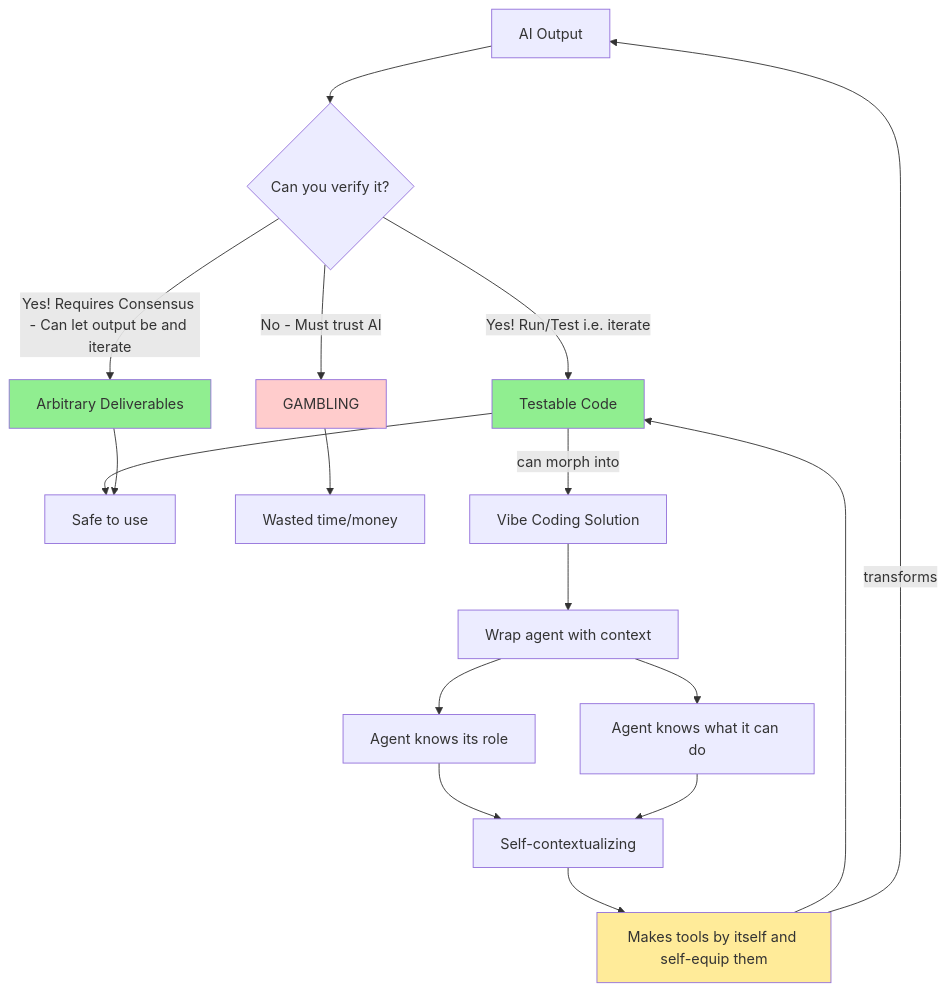
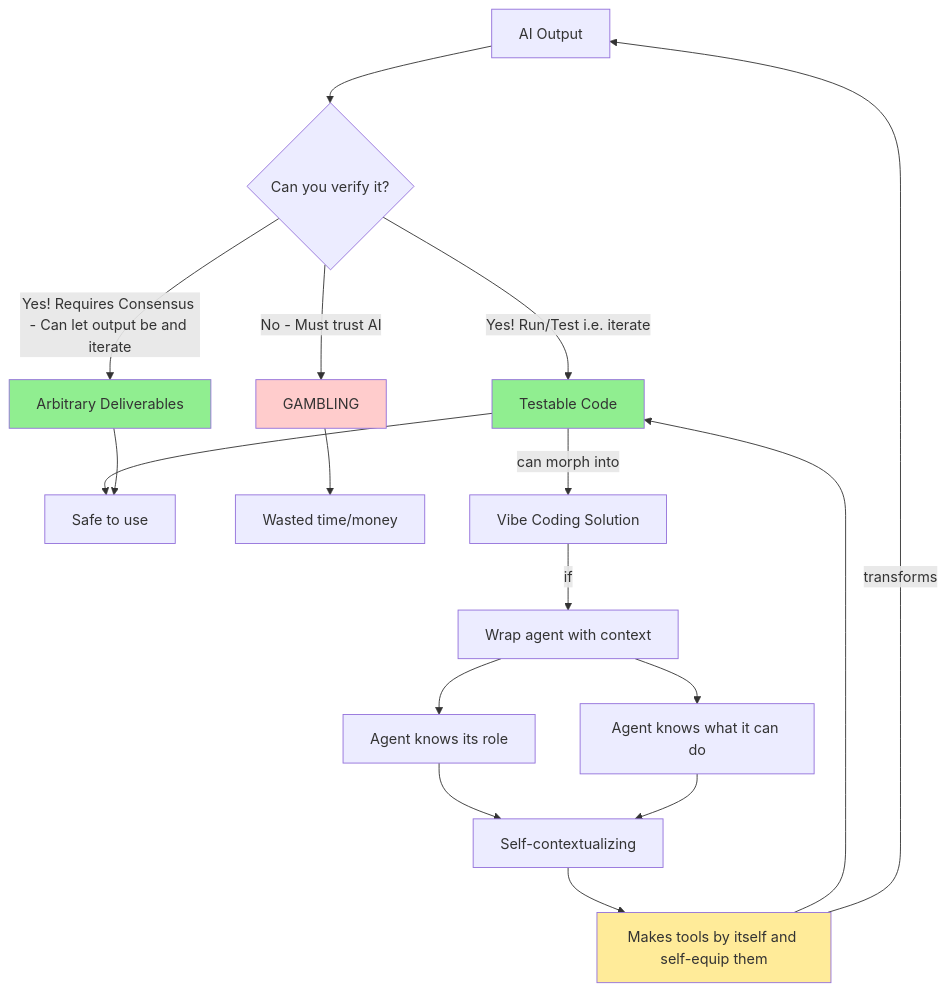
One commit to sancovp/starship-mcp changed the diagram in docs/diagrams/0_BaseSituation.mermaid. Above: the diagram before and after it, drawn with Mermaid.

```diff
--- a/docs/diagrams/0_BaseSituation.mermaid
+++ b/docs/diagrams/0_BaseSituation.mermaid
@@ -1,24 +1,24 @@
 flowchart TD
     A[AI Output] --> B{Can you verify it?}
     B -->|Yes! Run/Test i.e. iterate| C[Testable Code]
     B -->|Yes! Requires Consensus - Can let output be and iterate| D[Arbitrary Deliverables]
     B -->|No - Must trust AI| E[GAMBLING]
     
     C --> F[Safe to use]
     D --> F
     E --> G[Wasted time/money]
     
-    H[Vibe Coding Solution] --> I[Wrap agent with context]
+    H[Vibe Coding Solution] -->|if| I[Wrap agent with context]
     I --> J[Agent knows its role]
     I --> K[Agent knows what it can do]
     J --> L[Self-contextualizing]
     K --> L
     L --> M[Makes tools by itself and self-equip them]
     M --> C
     C -->|can morph into| H
     M -->|transforms| A
     
     style C fill:#90EE90
     style D fill:#90EE90
     style E fill:#ffcccc
     style M fill:#ffeb99
```
